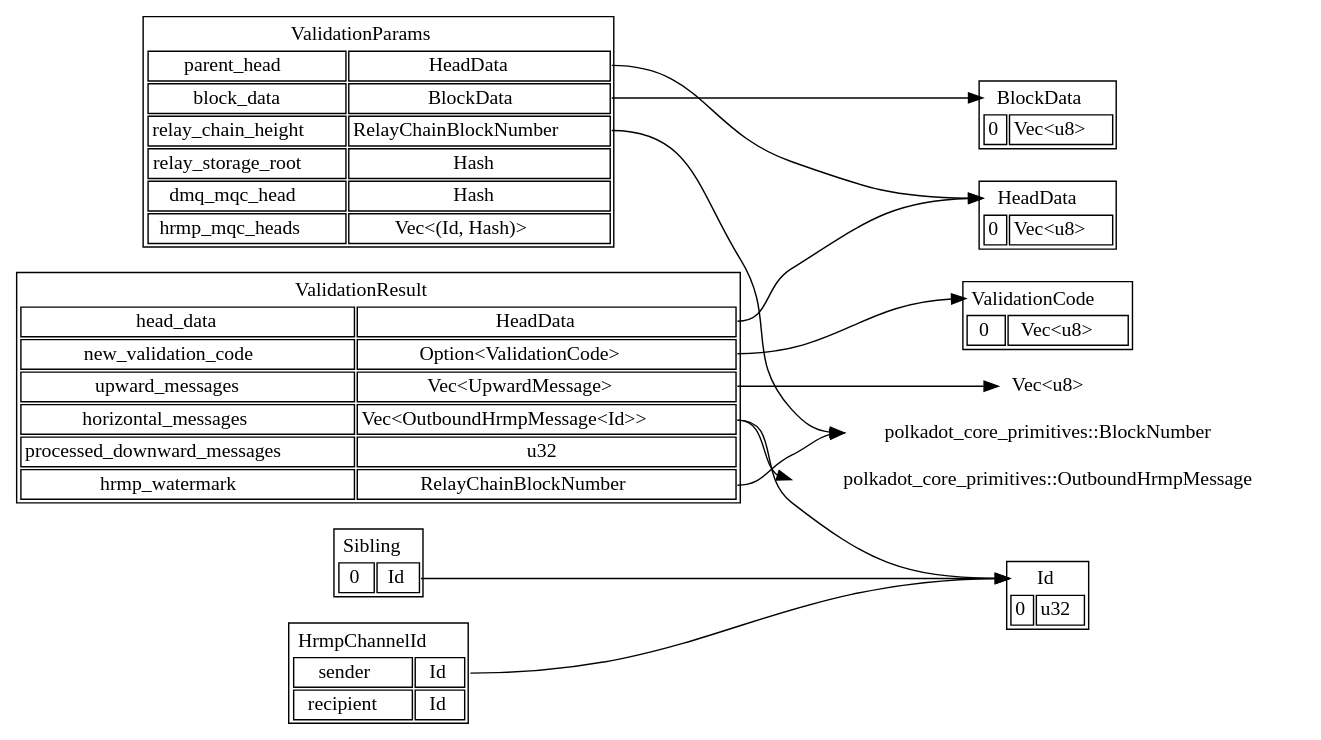
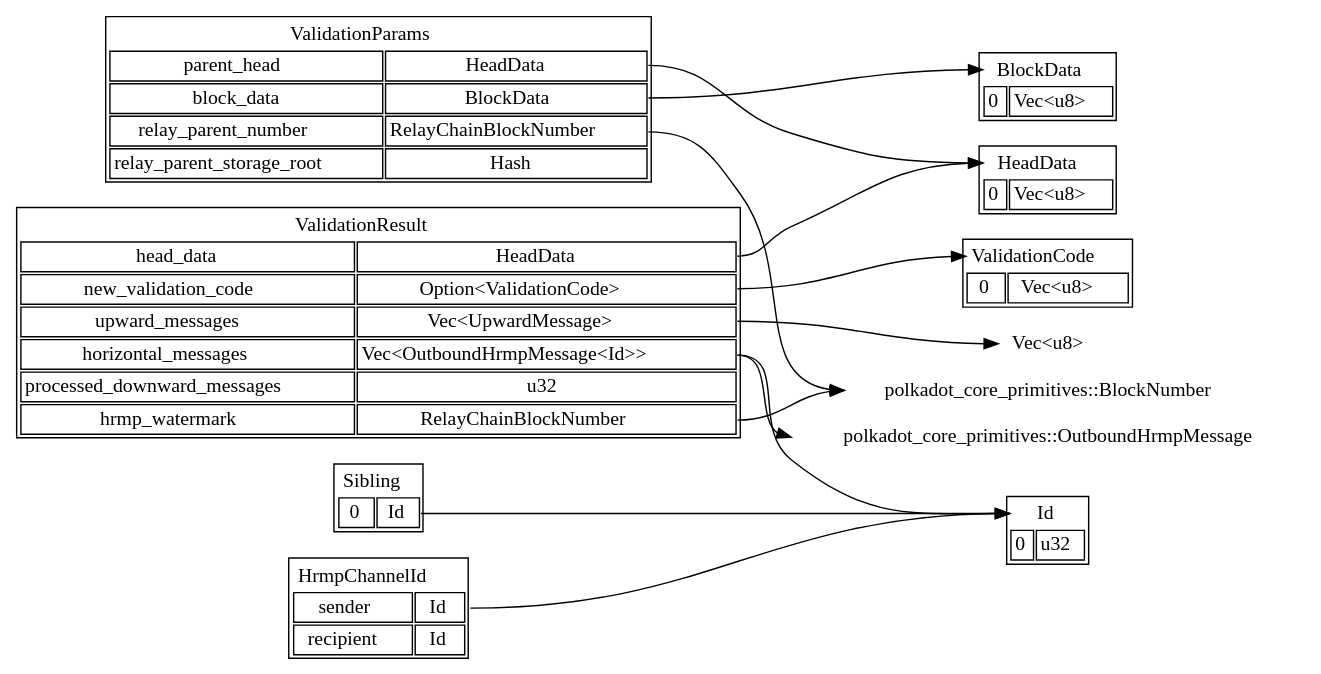
Before and after one commit to paritytech/polkadot: the second of 2 diagrams in roadmap/implementers-guide/src/types/README.md, drawn with Graphviz. The commit also changed other lines of this file and 16 other files, not shown here.

```diff
--- a/roadmap/implementers-guide/src/types/README.md
+++ b/roadmap/implementers-guide/src/types/README.md
@@ -401,16 +396,14 @@
             <tr><td border="0" colspan="2" port="name">ValidationParams</td></tr>
             <tr><td>parent_head</td><td port="parent_head">HeadData</td></tr>
             <tr><td>block_data</td><td port="block_data">BlockData</td></tr>
-            <tr><td>relay_chain_height</td><td port="relay_chain_height">RelayChainBlockNumber</td></tr>
-            <tr><td>relay_storage_root</td><td port="relay_storage_root">Hash</td></tr>
-            <tr><td>dmq_mqc_head</td><td port="dmq_mqc_head">Hash</td></tr>
-            <tr><td>hrmp_mqc_heads</td><td port="hrmp_mqc_heads">Vec&lt;(Id, Hash)&gt;</td></tr>
+            <tr><td>relay_parent_number</td><td port="relay_parent_number">RelayChainBlockNumber</td></tr>
+            <tr><td>relay_parent_storage_root</td><td port="relay_parent_storage_root">Hash</td></tr>
         </table>
     >]
 
     ValidationParams:parent_head -> HeadData:name
     ValidationParams:block_data -> BlockData:name
-    ValidationParams:relay_chain_height -> RelayChainBlockNumber:w
+    ValidationParams:relay_parent_number -> RelayChainBlockNumber:w
 
     RelayChainBlockNumber [label = "polkadot_core_primitives::BlockNumber"]
 
```
